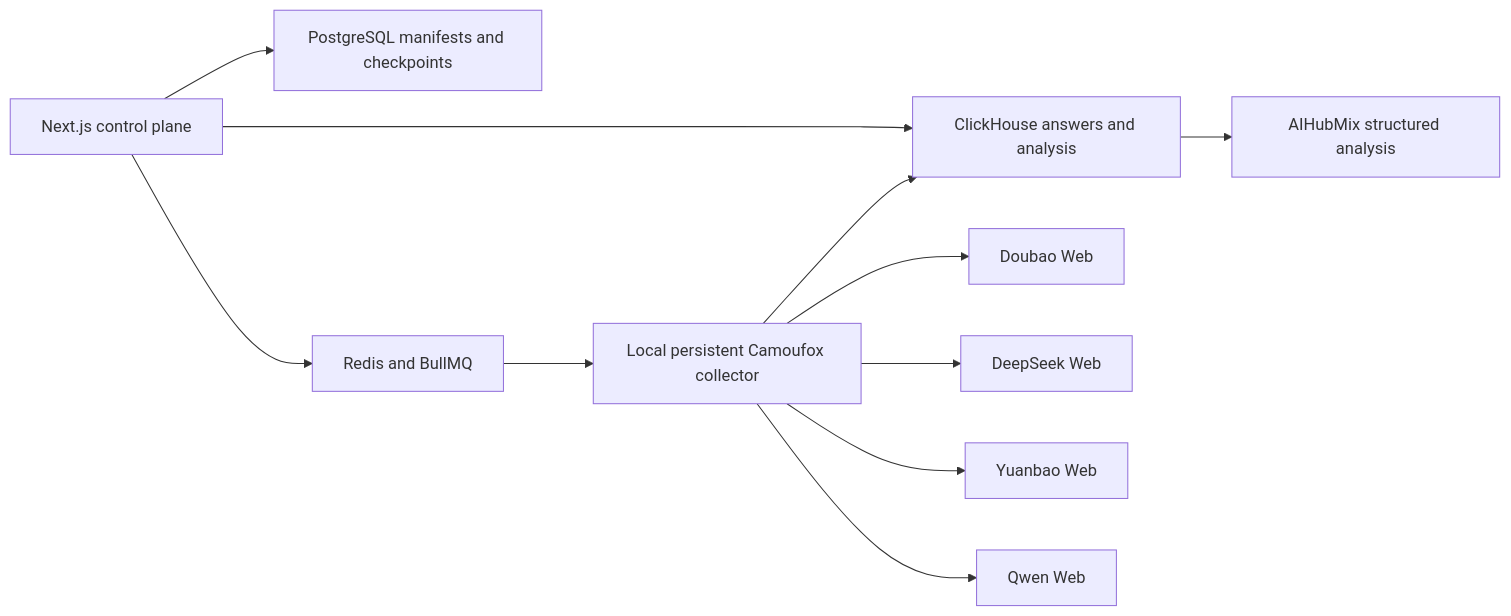
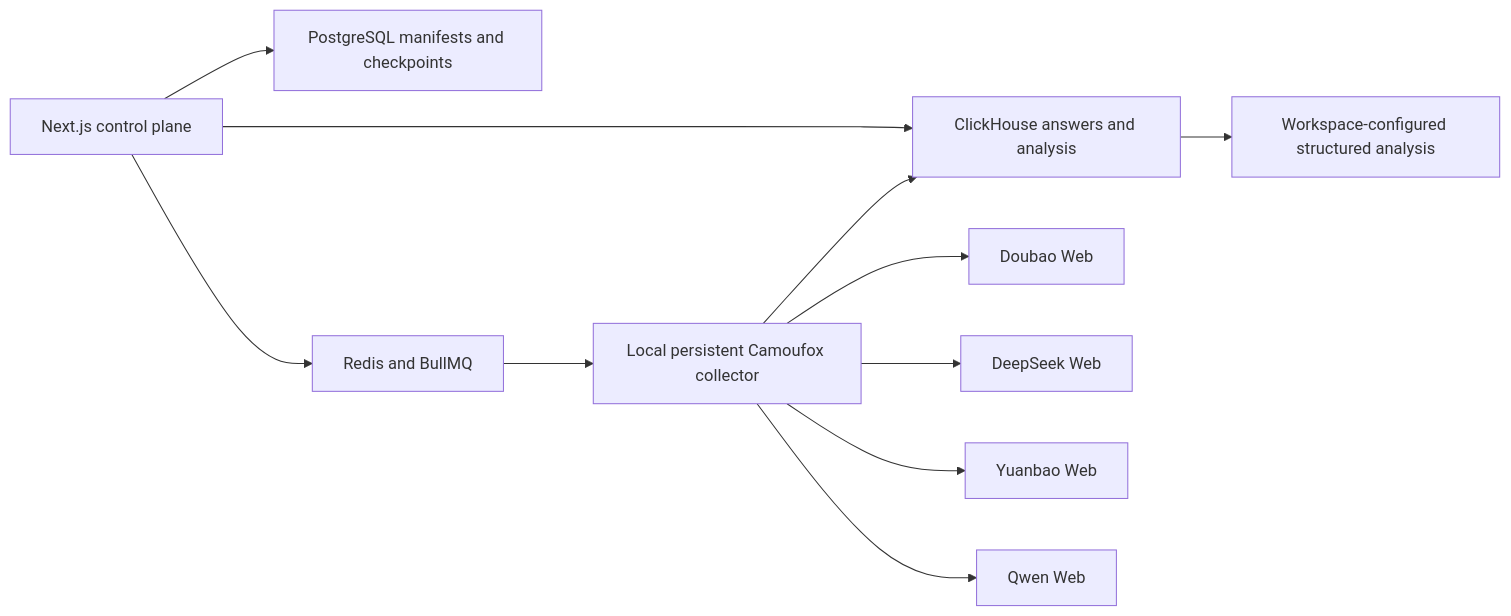
One commit to MYZ8088/anspectra changed the diagram in README.md. Above: the diagram before and after it, drawn with Mermaid. The commit also changed other lines of this file and 32 other files, not shown here.

Commit message:
feat: add workspace-configured analysis models

````diff
--- a/README.md
+++ b/README.md
@@ -119,13 +119,13 @@
 ```mermaid
 flowchart LR
   UI["Next.js control plane"] --> PG["PostgreSQL manifests and checkpoints"]
   UI --> CH["ClickHouse answers and analysis"]
   UI --> R["Redis and BullMQ"]
   R --> C["Local persistent Camoufox collector"]
   C --> D["Doubao Web"]
   C --> DS["DeepSeek Web"]
   C --> Y["Yuanbao Web"]
   C --> Q["Qwen Web"]
   C --> CH
-  CH --> A["AIHubMix structured analysis"]
+  CH --> A["Workspace-configured structured analysis"]
 ```
````
